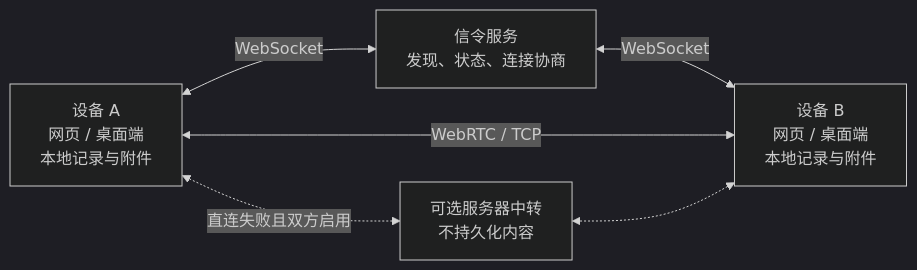
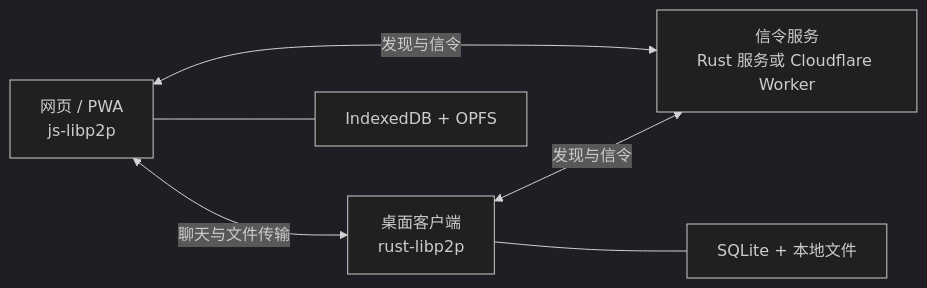
Before and after one commit to kuangye-team/ky-im: the diagram in README.zh.md, drawn with Mermaid (dark theme). The commit also changed other lines of this file and 288 other files, not shown here.

````diff
--- a/README.zh.md
+++ b/README.zh.md
@@ -27,10 +21,8 @@
 ```mermaid
 flowchart LR
-    A["设备 A<br/>网页 / 桌面端<br/>本地记录与附件"]
-    B["设备 B<br/>网页 / 桌面端<br/>本地记录与附件"]
-    A <-->|WebSocket| S["信令服务<br/>发现、状态、连接协商"]
-    S <-->|WebSocket| B
-    A <-->|WebRTC / TCP| B
-    A <-.->|直连失败且双方启用| R["可选服务器中转<br/>不持久化内容"]
-    R <-.-> B
+    Browser["网页 / PWA<br/>js-libp2p"] <-->|发现与信令| API["信令服务<br/>Rust 服务或 Cloudflare Worker"]
+    App["桌面客户端<br/>rust-libp2p"] <-->|发现与信令| API
+    Browser <-->|聊天与文件传输| App
+    Browser --- WebDB["IndexedDB + OPFS"]
+    App --- AppDB["SQLite + 本地文件"]
 ```
````
